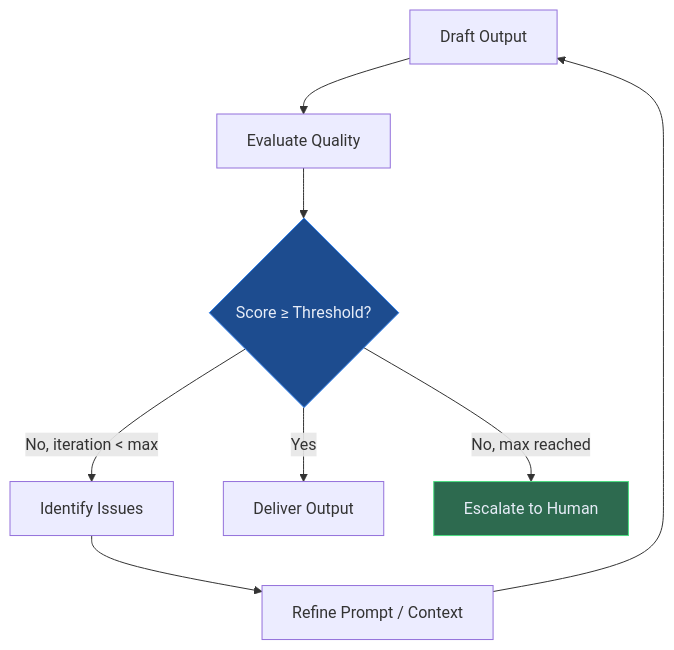
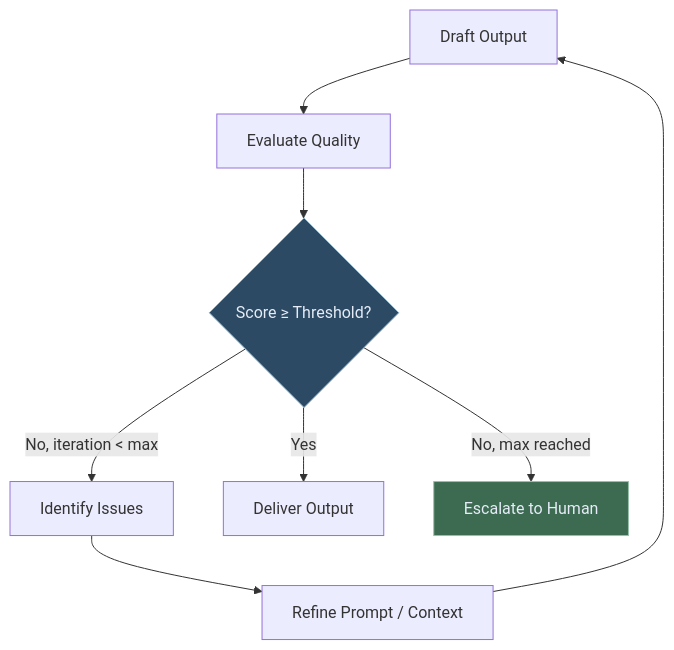
The fifth of 10 diagrams in blog/ai-workflows-for-regulated-enterprises.md (lorvexai/lorvexai), drawn with Mermaid before and after one commit. The commit also changed other lines of this file and 16 other files, not shown here.

First line of the commit message:
Retune hardcoded Mermaid node colors to match the site palette

````diff
--- a/blog/ai-workflows-for-regulated-enterprises.md
+++ b/blog/ai-workflows-for-regulated-enterprises.md
@@ -122,13 +122,13 @@
 ```mermaid
 flowchart TD
     A[Draft Output] --> B[Evaluate Quality]
     B --> C{Score ≥ Threshold?}
     C -->|No, iteration < max| D[Identify Issues]
     D --> E[Refine Prompt / Context]
     E --> A
     C -->|Yes| F[Deliver Output]
     C -->|No, max reached| G[Escalate to Human]
 
-    style C fill:#1D4C8F,stroke:#2F80ED,color:#E6ECF7
-    style G fill:#2D6A4F,stroke:#4ade80,color:#E6ECF7
+    style C fill:#2C4A63,stroke:#8FB2CC,color:#E6ECF7
+    style G fill:#3D6B52,stroke:#95C2A8,color:#E6ECF7
 ```
````
